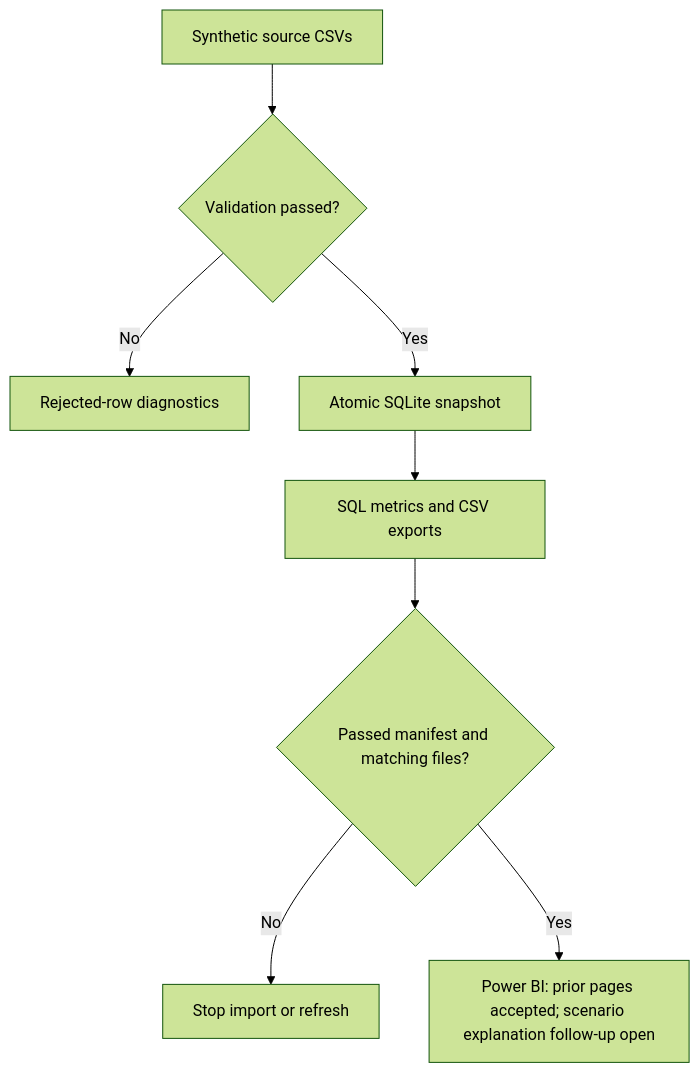
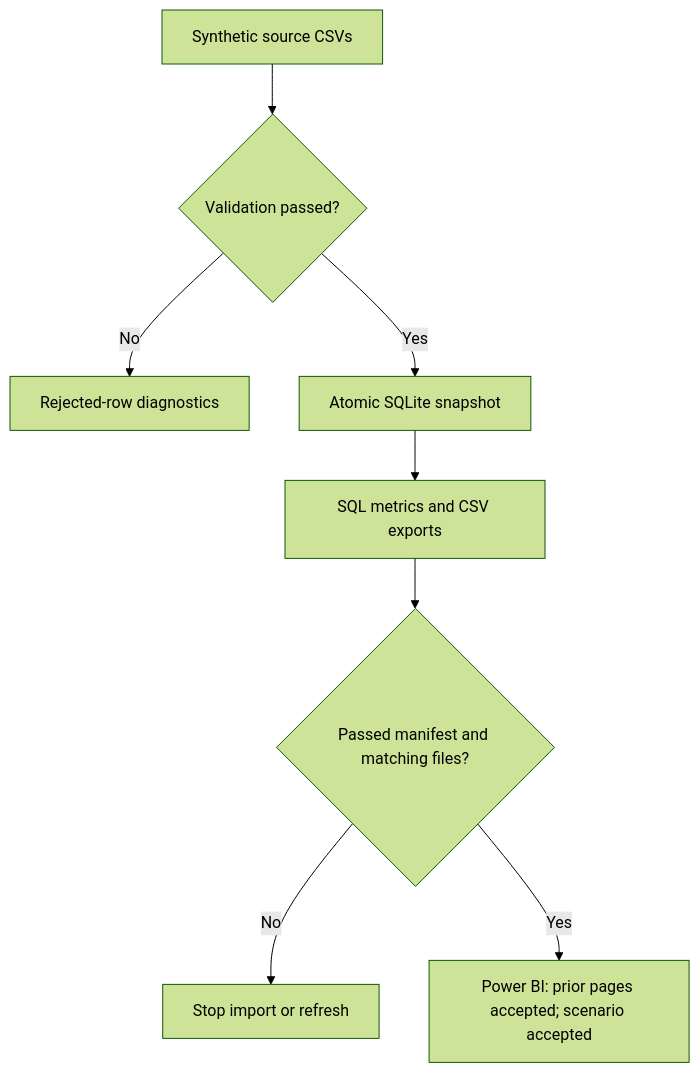
One commit to Tros112/operational-readiness-intelligence changed the diagram in README.md. Above: the diagram before and after it, drawn with Mermaid (forest theme). The commit also changed other lines of this file and 14 other files, not shown here.

````diff
--- a/README.md
+++ b/README.md
@@ -68,10 +68,10 @@
 ```mermaid
 flowchart TD
     A["Synthetic source CSVs"] --> B{"Validation passed?"}
     B -->|No| C["Rejected-row diagnostics"]
     B -->|Yes| D["Atomic SQLite snapshot"]
     D --> E["SQL metrics and CSV exports"]
     E --> F{"Passed manifest and matching files?"}
     F -->|No| G["Stop import or refresh"]
-    F -->|Yes| H["Power BI: prior pages accepted; scenario explanation follow-up open"]
+    F -->|Yes| H["Power BI: prior pages accepted; scenario accepted"]
 ```
````
